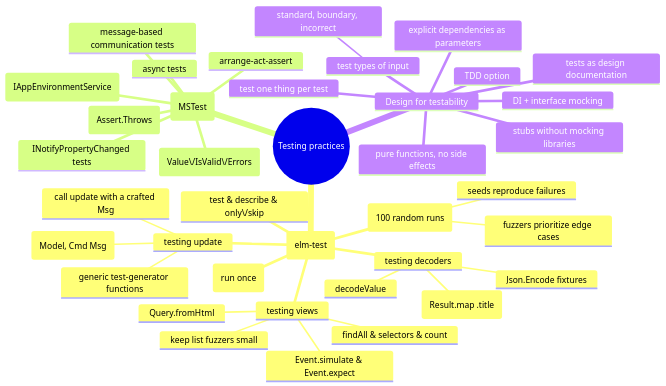
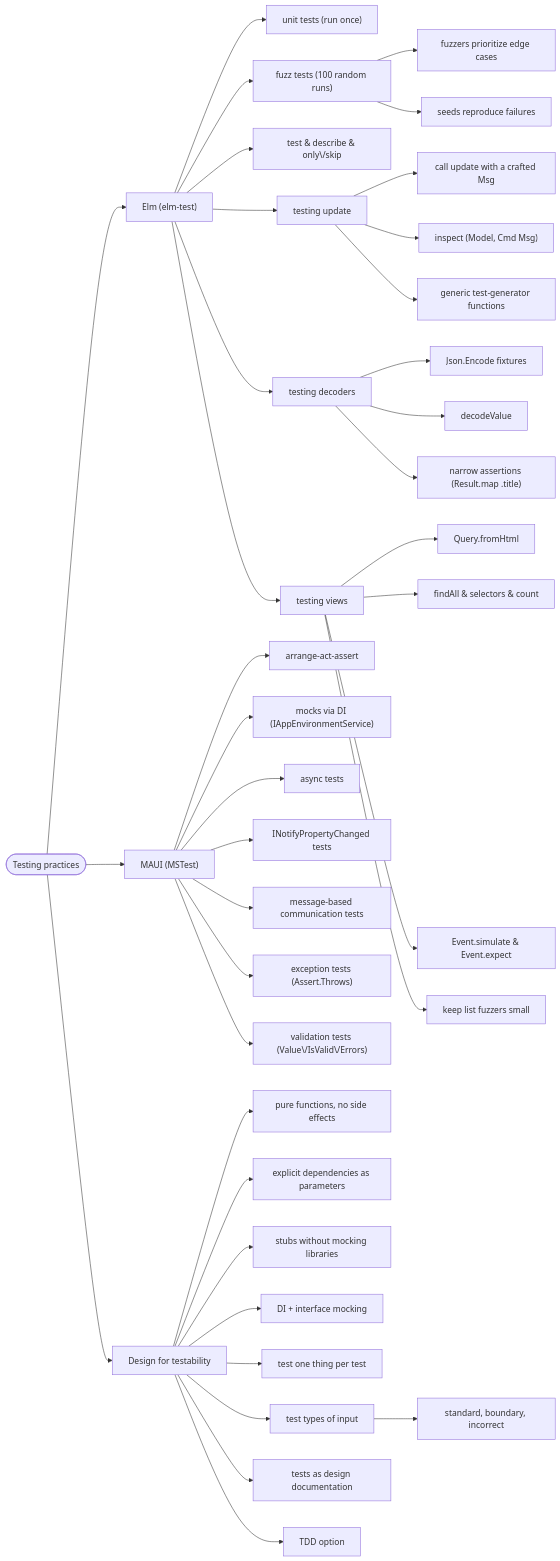
Before and after one commit to 42WASD/42wasd-community-web: the diagram in docs/knowledge/testing-practices/index.md, drawn with Mermaid. The commit also changed 13 other files, not shown here.

First line of the commit message:
Convert knowledge mindmaps to flowchart LR diagrams

````diff
--- a/docs/knowledge/testing-practices/index.md
+++ b/docs/knowledge/testing-practices/index.md
@@ -11,41 +11,78 @@
 ```mermaid
-mindmap
-  root((Testing practices))
-    Elm (elm-test)
-      unit tests (run once)
-      fuzz tests (100 random runs)
-        fuzzers prioritize edge cases
-        seeds reproduce failures
-      test & describe & only\\/skip
-      testing update
-        call update with a crafted Msg
-        inspect (Model, Cmd Msg)
-        generic test-generator functions
-      testing decoders
-        Json.Encode fixtures
-        decodeValue
-        narrow assertions (Result.map .title)
-      testing views
-        Query.fromHtml
-        findAll & selectors & count
-        Event.simulate & Event.expect
-        keep list fuzzers small
-    MAUI (MSTest)
-      arrange-act-assert
-      mocks via DI (IAppEnvironmentService)
-      async tests
-      INotifyPropertyChanged tests
-      message-based communication tests
-      exception tests (Assert.Throws)
-      validation tests (Value\\/IsValid\\/Errors)
-    Design for testability
-      pure functions, no side effects
-      explicit dependencies as parameters
-      stubs without mocking libraries
-      DI + interface mocking
-      test one thing per test
-      test types of input
-        standard, boundary, incorrect
-      tests as design documentation
-      TDD option
+flowchart LR
+    n1(["Testing practices"])
+    n2["Elm (elm-test)"]
+    n3["unit tests (run once)"]
+    n4["fuzz tests (100 random runs)"]
+    n5["fuzzers prioritize edge cases"]
+    n6["seeds reproduce failures"]
+    n7["test &amp; describe &amp; only\/skip"]
+    n8["testing update"]
+    n9["call update with a crafted Msg"]
+    n10["inspect (Model, Cmd Msg)"]
+    n11["generic test-generator functions"]
+    n12["testing decoders"]
+    n13["Json.Encode fixtures"]
+    n14["decodeValue"]
+    n15["narrow assertions (Result.map .title)"]
+    n16["testing views"]
+    n17["Query.fromHtml"]
+    n18["findAll &amp; selectors &amp; count"]
+    n19["Event.simulate &amp; Event.expect"]
+    n20["keep list fuzzers small"]
+    n21["MAUI (MSTest)"]
+    n22["arrange-act-assert"]
+    n23["mocks via DI (IAppEnvironmentService)"]
+    n24["async tests"]
+    n25["INotifyPropertyChanged tests"]
+    n26["message-based communication tests"]
+    n27["exception tests (Assert.Throws)"]
+    n28["validation tests (Value\/IsValid\/Errors)"]
+    n29["Design for testability"]
+    n30["pure functions, no side effects"]
+    n31["explicit dependencies as parameters"]
+    n32["stubs without mocking libraries"]
+    n33["DI + interface mocking"]
+    n34["test one thing per test"]
+    n35["test types of input"]
+    n36["standard, boundary, incorrect"]
+    n37["tests as design documentation"]
+    n38["TDD option"]
+    n1 --> n2
+    n2 --> n3
+    n2 --> n4
+    n4 --> n5
+    n4 --> n6
+    n2 --> n7
+    n2 --> n8
+    n8 --> n9
+    n8 --> n10
+    n8 --> n11
+    n2 --> n12
+    n12 --> n13
+    n12 --> n14
+    n12 --> n15
+    n2 --> n16
+    n16 --> n17
+    n16 --> n18
+    n16 --> n19
+    n16 --> n20
+    n1 --> n21
+    n21 --> n22
+    n21 --> n23
+    n21 --> n24
+    n21 --> n25
+    n21 --> n26
+    n21 --> n27
+    n21 --> n28
+    n1 --> n29
+    n29 --> n30
+    n29 --> n31
+    n29 --> n32
+    n29 --> n33
+    n29 --> n34
+    n29 --> n35
+    n35 --> n36
+    n29 --> n37
+    n29 --> n38
 ```
````
